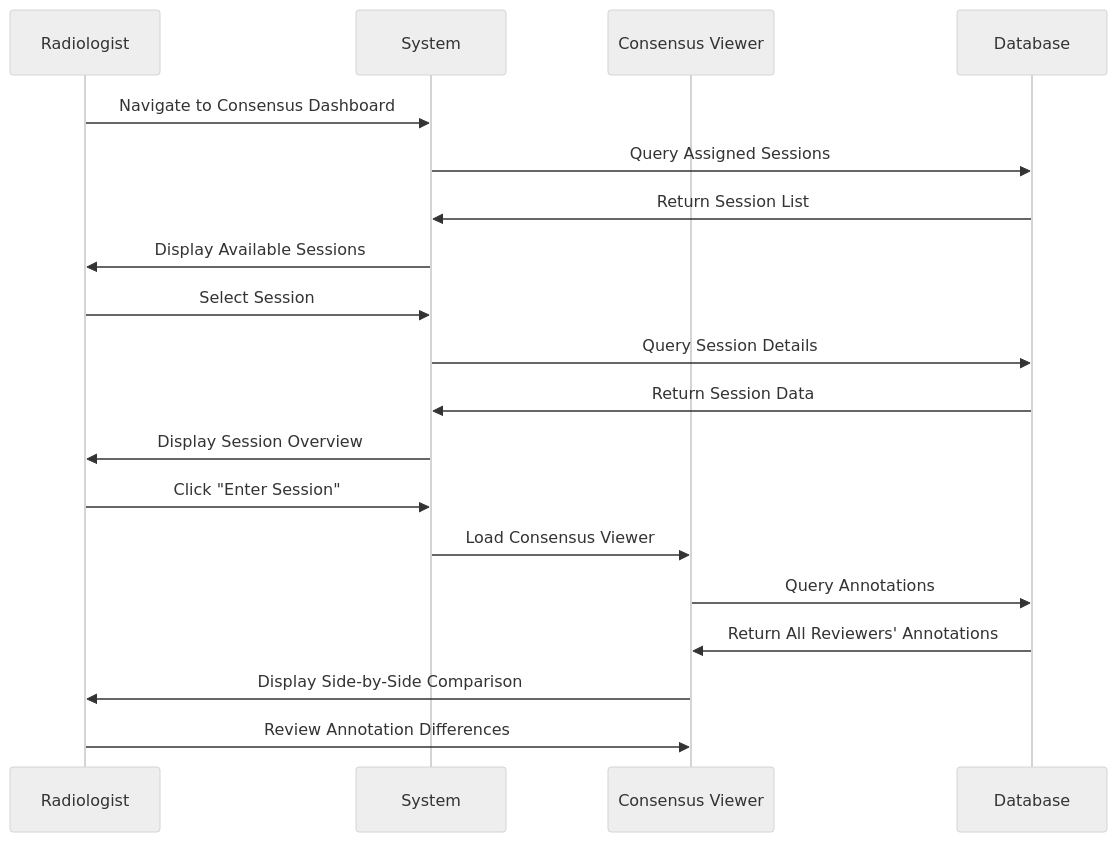
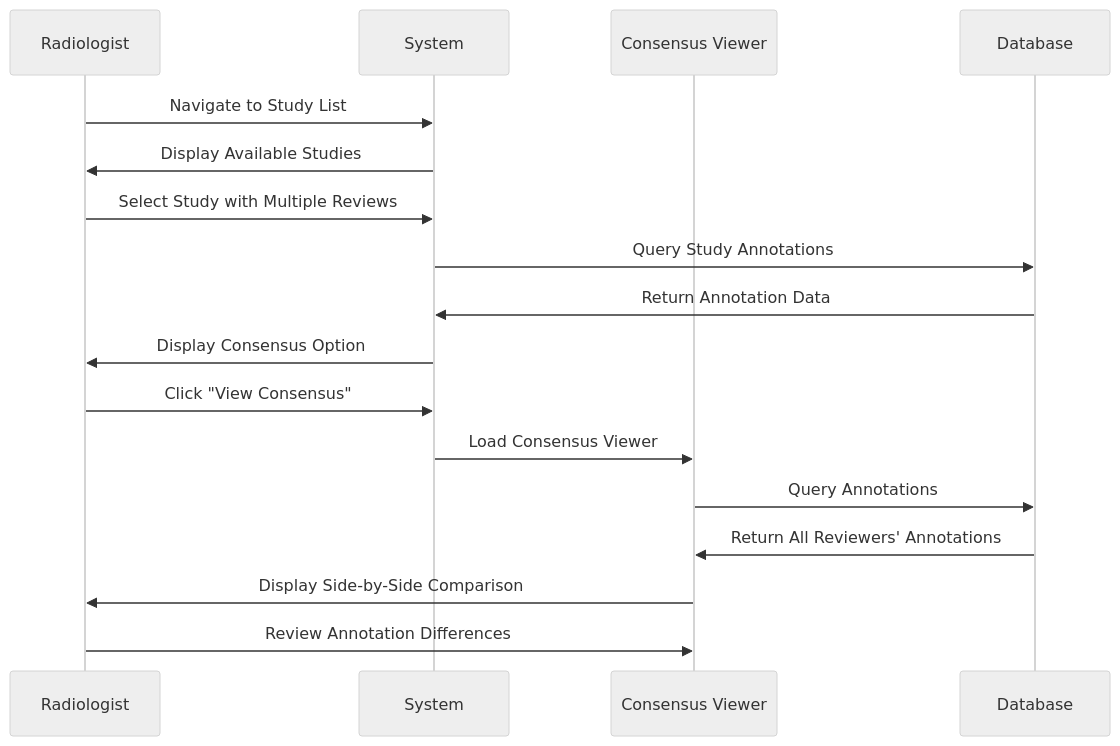
Before and after one commit to mgadaphy/dicom-research: the seventh of 8 diagrams in docs/user_workflows.md, drawn with Mermaid (neutral theme). The commit also changed other lines of this file and 1 other file, not shown here.

Commit message:
Updated the the documentations of the database schema

````diff
--- a/docs/user_workflows.md
+++ b/docs/user_workflows.md
@@ -270,22 +170,20 @@
 ```mermaid
 sequenceDiagram
     participant R as Radiologist
     participant S as System
     participant V as Consensus Viewer
     participant DB as Database
     
-    R->>S: Navigate to Consensus Dashboard
-    S->>DB: Query Assigned Sessions
-    DB->>S: Return Session List
-    S->>R: Display Available Sessions
-    R->>S: Select Session
-    S->>DB: Query Session Details
-    DB->>S: Return Session Data
-    S->>R: Display Session Overview
-    R->>S: Click "Enter Session"
+    R->>S: Navigate to Study List
+    S->>R: Display Available Studies
+    R->>S: Select Study with Multiple Reviews
+    S->>DB: Query Study Annotations
+    DB->>S: Return Annotation Data
+    S->>R: Display Consensus Option
+    R->>S: Click "View Consensus"
     S->>V: Load Consensus Viewer
     V->>DB: Query Annotations
     DB->>V: Return All Reviewers' Annotations
     V->>R: Display Side-by-Side Comparison
     R->>V: Review Annotation Differences
 ```
````
